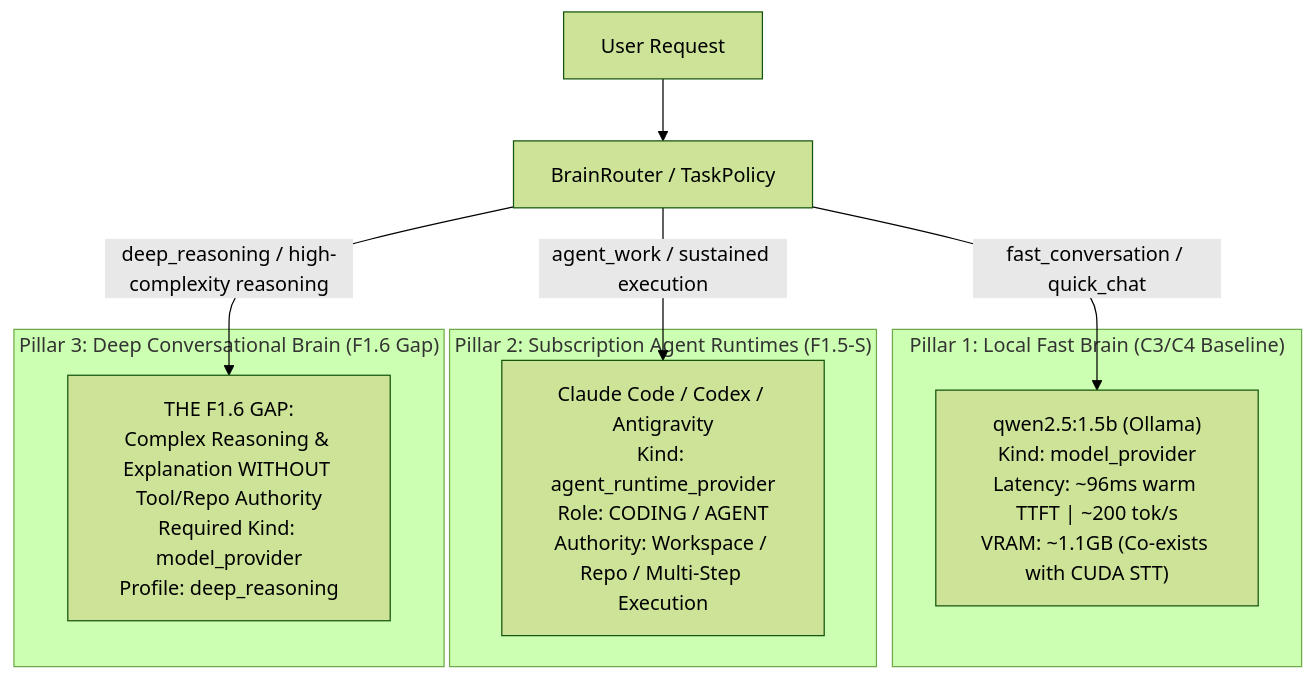
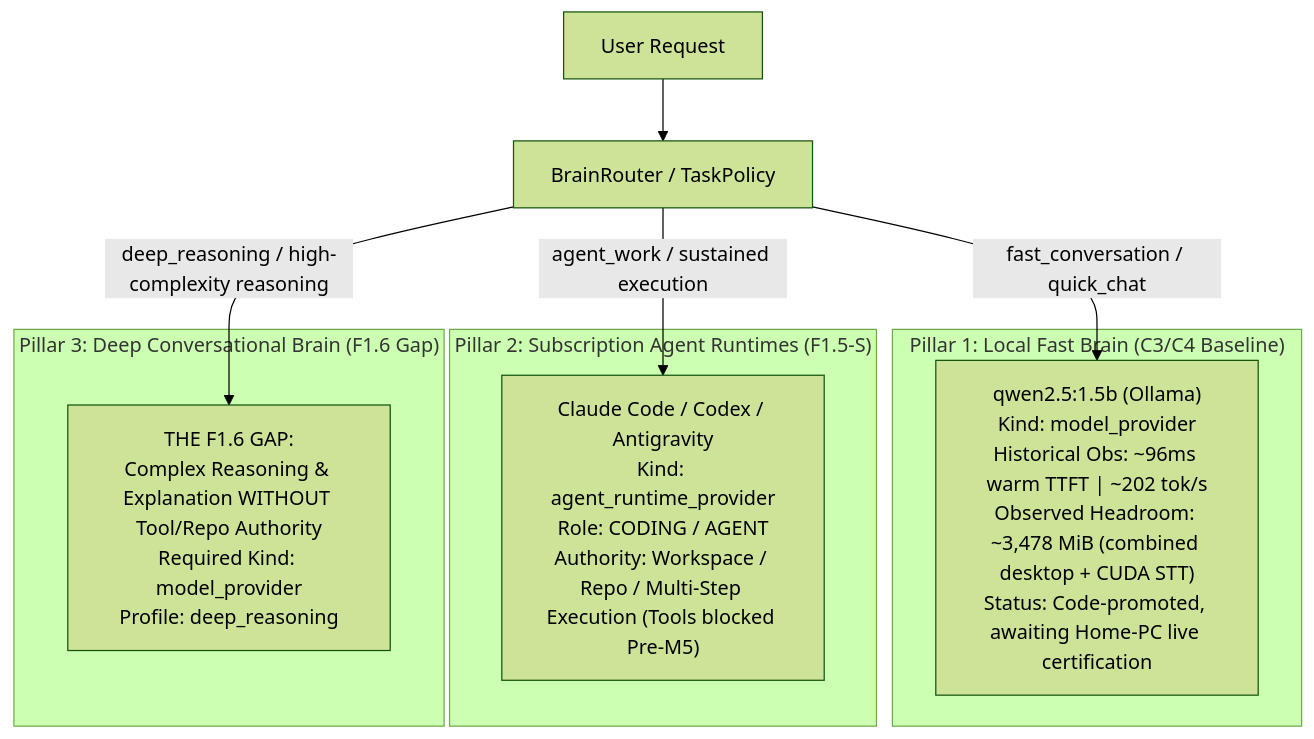
One commit to Jeff7563/MAVE changed the first of 4 diagrams in docs/architecture/MAVE_F1_6_DEEP_BRAIN_ARCHITECTURE_AUDIT.md. Above: the diagram before and after it, drawn with Mermaid (forest theme). The commit also changed other lines of this file, not shown here.

Commit message:
docs(intelligence): harden deep brain architecture

````diff
--- a/docs/architecture/MAVE_F1_6_DEEP_BRAIN_ARCHITECTURE_AUDIT.md
+++ b/docs/architecture/MAVE_F1_6_DEEP_BRAIN_ARCHITECTURE_AUDIT.md
@@ -18,20 +18,20 @@
 ```mermaid
 flowchart TD
     UserQuery["User Request"] --> Router["BrainRouter / TaskPolicy"]
     
     subgraph Pillar1["Pillar 1: Local Fast Brain (C3/C4 Baseline)"]
-        FastModel["qwen2.5:1.5b (Ollama)<br/>Kind: model_provider<br/>Latency: ~96ms warm TTFT | ~200 tok/s<br/>VRAM: ~1.1GB (Co-exists with CUDA STT)"]
+        FastModel["qwen2.5:1.5b (Ollama)<br/>Kind: model_provider<br/>Historical Obs: ~96ms warm TTFT | ~202 tok/s<br/>Observed Headroom: ~3,478 MiB (combined desktop + CUDA STT)<br/>Status: Code-promoted, awaiting Home-PC live certification"]
     end
 
     subgraph Pillar2["Pillar 2: Subscription Agent Runtimes (F1.5-S)"]
-        AgentRuntimes["Claude Code / Codex / Antigravity<br/>Kind: agent_runtime_provider<br/>Role: CODING / AGENT<br/>Authority: Workspace / Repo / Multi-Step Execution"]
+        AgentRuntimes["Claude Code / Codex / Antigravity<br/>Kind: agent_runtime_provider<br/>Role: CODING / AGENT<br/>Authority: Workspace / Repo / Multi-Step Execution (Tools blocked Pre-M5)"]
     end
 
     subgraph Pillar3["Pillar 3: Deep Conversational Brain (F1.6 Gap)"]
         DeepGap["THE F1.6 GAP:<br/>Complex Reasoning & Explanation WITHOUT Tool/Repo Authority<br/>Required Kind: model_provider<br/>Profile: deep_reasoning"]
     end
 
     Router -->|fast_conversation / quick_chat| FastModel
     Router -->|agent_work / sustained execution| AgentRuntimes
     Router -->|deep_reasoning / high-complexity reasoning| DeepGap
 ```
````
